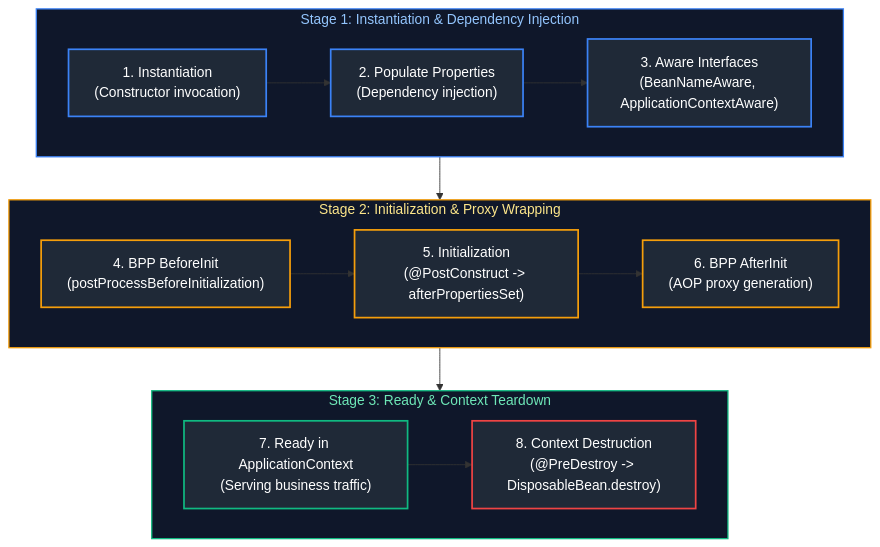
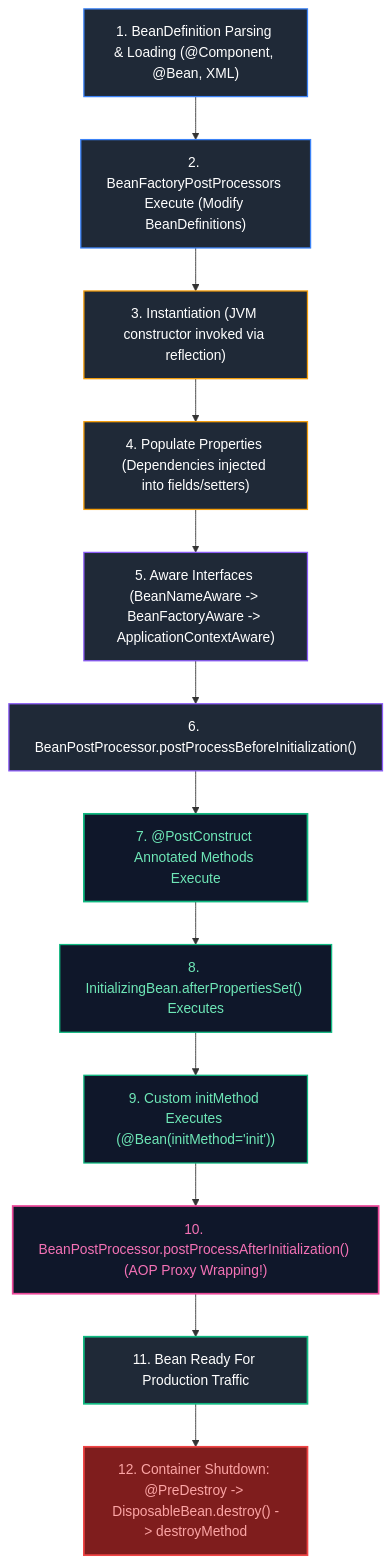
The tenth of 19 diagrams in Java Backend Engineering/07_spring_framework_spring_boot.md (joydeep-biswas/Interview-Preparation), drawn with Mermaid before and after one commit. The commit also changed other lines of this file and 143 other files, not shown here.

````diff
--- a/Java Backend Engineering/07_spring_framework_spring_boot.md
+++ b/Java Backend Engineering/07_spring_framework_spring_boot.md
@@ -240,31 +651,28 @@
 ```mermaid
 flowchart TD
-    subgraph Stage1 ["Stage 1: Instantiation & Dependency Injection"]
-        direction LR
-        Step1["1. Instantiation<br/>(Constructor invocation)"] --> Step2["2. Populate Properties<br/>(Dependency injection)"] --> Step3["3. Aware Interfaces<br/>(BeanNameAware, ApplicationContextAware)"]
-    end
+    Phase1["1. BeanDefinition Parsing & Loading (@Component, @Bean, XML)"]
+    --> Phase2["2. BeanFactoryPostProcessors Execute (Modify BeanDefinitions)"]
+    --> Phase3["3. Instantiation (JVM constructor invoked via reflection)"]
+    --> Phase4["4. Populate Properties (Dependencies injected into fields/setters)"]
+    --> Phase5["5. Aware Interfaces (BeanNameAware -> BeanFactoryAware -> ApplicationContextAware)"]
+    --> Phase6["6. BeanPostProcessor.postProcessBeforeInitialization()"]
+    --> Phase7["7. @PostConstruct Annotated Methods Execute"]
+    --> Phase8["8. InitializingBean.afterPropertiesSet() Executes"]
+    --> Phase9["9. Custom initMethod Executes (@Bean(initMethod='init'))"]
+    --> Phase10["10. BeanPostProcessor.postProcessAfterInitialization() (AOP Proxy Wrapping!)"]
+    --> Phase11["11. Bean Ready For Production Traffic"]
+    --> Phase12["12. Container Shutdown: @PreDestroy -> DisposableBean.destroy() -> destroyMethod"]
 
-    subgraph Stage2 ["Stage 2: Initialization & Proxy Wrapping"]
-        direction LR
-        Step4["4. BPP BeforeInit<br/>(postProcessBeforeInitialization)"] --> Step5["5. Initialization<br/>(@PostConstruct -> afterPropertiesSet)"] --> Step6["6. BPP AfterInit<br/>(AOP proxy generation)"]
-    end
-
-    subgraph Stage3 ["Stage 3: Ready & Context Teardown"]
-        direction LR
-        Step7["7. Ready in ApplicationContext<br/>(Serving business traffic)"] --> Step8["8. Context Destruction<br/>(@PreDestroy -> DisposableBean.destroy)"]
-    end
-
-    Stage1 --> Stage2 --> Stage3
-
-    style Stage1 fill:#0f172a,stroke:#3b82f6,stroke-width:1.5px,color:#93c5fd
-    style Stage2 fill:#0f172a,stroke:#f59e0b,stroke-width:1.5px,color:#fde68a
-    style Stage3 fill:#0f172a,stroke:#10b981,stroke-width:1.5px,color:#6ee7b7
-    style Step1 fill:#1f2937,stroke:#3b82f6,stroke-width:2px,color:#fff
-    style Step2 fill:#1f2937,stroke:#3b82f6,stroke-width:2px,color:#fff
-    style Step3 fill:#1f2937,stroke:#3b82f6,stroke-width:2px,color:#fff
-    style Step4 fill:#1f2937,stroke:#f59e0b,stroke-width:2px,color:#fff
-    style Step5 fill:#1f2937,stroke:#f59e0b,stroke-width:2px,color:#fff
-    style Step6 fill:#1f2937,stroke:#f59e0b,stroke-width:2px,color:#fff
-    style Step7 fill:#1f2937,stroke:#10b981,stroke-width:2px,color:#fff
-    style Step8 fill:#1f2937,stroke:#ef4444,stroke-width:2px,color:#fff
+    style Phase1 fill:#1f2937,stroke:#3b82f6,stroke-width:1.5px,color:#fff
+    style Phase2 fill:#1f2937,stroke:#3b82f6,stroke-width:1.5px,color:#fff
+    style Phase3 fill:#1f2937,stroke:#f59e0b,stroke-width:1.5px,color:#fff
+    style Phase4 fill:#1f2937,stroke:#f59e0b,stroke-width:1.5px,color:#fff
+    style Phase5 fill:#1f2937,stroke:#8b5cf6,stroke-width:1.5px,color:#fff
+    style Phase6 fill:#1f2937,stroke:#8b5cf6,stroke-width:1.5px,color:#fff
+    style Phase7 fill:#0f172a,stroke:#10b981,stroke-width:2px,color:#6ee7b7
+    style Phase8 fill:#0f172a,stroke:#10b981,stroke-width:1.5px,color:#6ee7b7
+    style Phase9 fill:#0f172a,stroke:#10b981,stroke-width:1.5px,color:#6ee7b7
+    style Phase10 fill:#0f172a,stroke:#ec4899,stroke-width:2px,color:#f472b6
+    style Phase11 fill:#1f2937,stroke:#10b981,stroke-width:2px,color:#fff
+    style Phase12 fill:#7f1d1d,stroke:#ef4444,stroke-width:2px,color:#fca5a5
 ```
````
